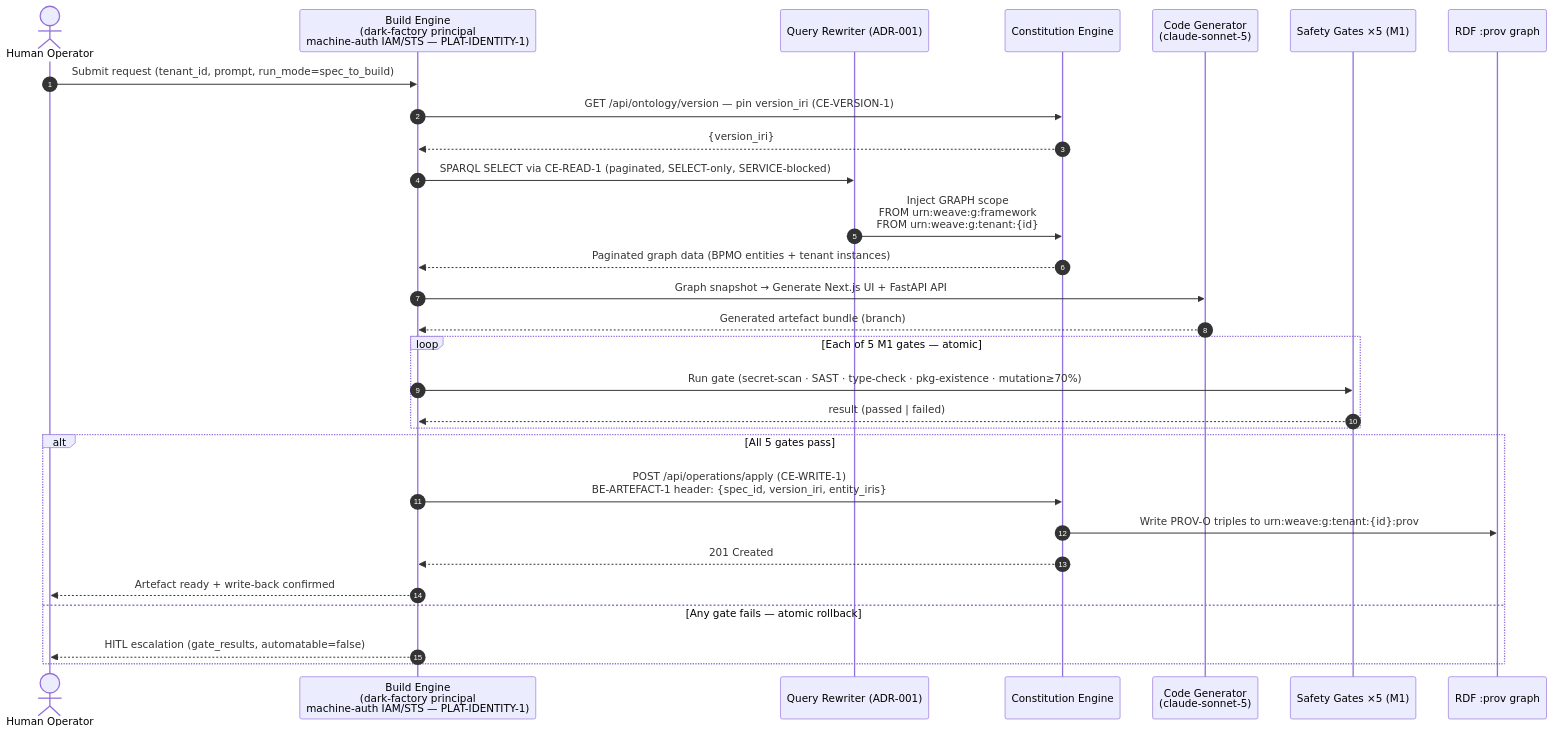
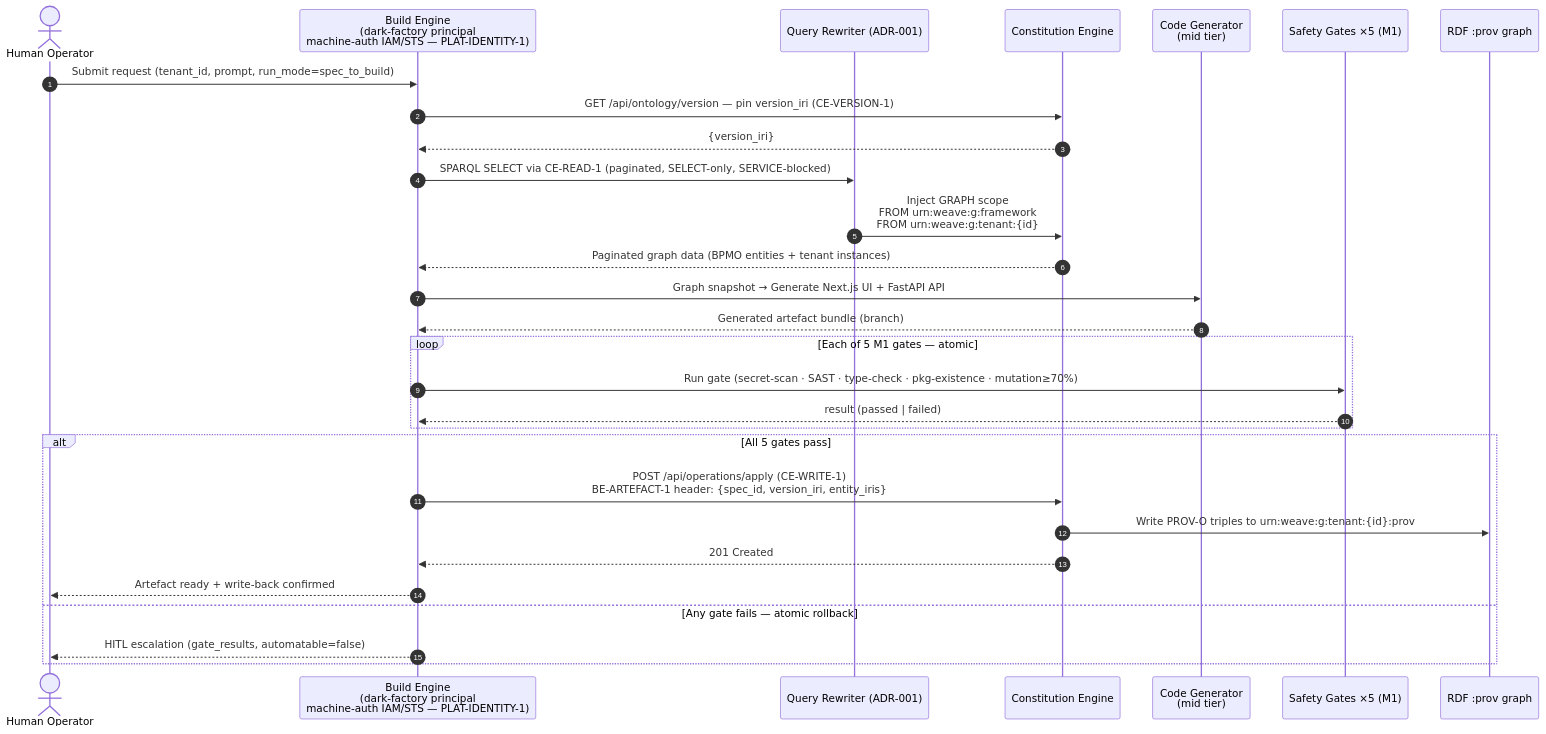
Diagram 12 of 19 in docs/specs/weave/engines/build-engine/tech-spec/business-process.md (gazzwi86/weave), drawn with Mermaid before and after one commit. The commit also changed other lines of this file and 42 other files, not shown here.

````diff
--- a/docs/specs/weave/engines/build-engine/tech-spec/business-process.md
+++ b/docs/specs/weave/engines/build-engine/tech-spec/business-process.md
@@ -380,32 +380,32 @@
 ```mermaid
 sequenceDiagram
   autonumber
   actor HUser as Human Operator
   participant BE as Build Engine<br/>(dark-factory principal<br/>machine-auth IAM/STS — PLAT-IDENTITY-1)
   participant RW as Query Rewriter (ADR-001)
   participant CE as Constitution Engine
-  participant Gen as Code Generator<br/>(claude-sonnet-5)
+  participant Gen as Code Generator<br/>(mid tier)
   participant Gates as Safety Gates ×5 (M1)
   participant Prov as RDF :prov graph
 
   HUser->>BE: Submit request (tenant_id, prompt, run_mode=spec_to_build)
   BE->>CE: GET /api/ontology/version — pin version_iri (CE-VERSION-1)
   CE-->>BE: {version_iri}
   BE->>RW: SPARQL SELECT via CE-READ-1 (paginated, SELECT-only, SERVICE-blocked)
   RW->>CE: Inject GRAPH scope<br/>FROM urn:weave:g:framework<br/>FROM urn:weave:g:tenant:{id}
   CE-->>BE: Paginated graph data (BPMO entities + tenant instances)
   BE->>Gen: Graph snapshot → Generate Next.js UI + FastAPI API
   Gen-->>BE: Generated artefact bundle (branch)
   loop Each of 5 M1 gates — atomic
     BE->>Gates: Run gate (secret-scan · SAST · type-check · pkg-existence · mutation≥70%)
     Gates-->>BE: result (passed | failed)
   end
   alt All 5 gates pass
     BE->>CE: POST /api/operations/apply (CE-WRITE-1)<br/>BE-ARTEFACT-1 header: {spec_id, version_iri, entity_iris}
     CE->>Prov: Write PROV-O triples to urn:weave:g:tenant:{id}:prov
     CE-->>BE: 201 Created
     BE-->>HUser: Artefact ready + write-back confirmed
   else Any gate fails — atomic rollback
     BE-->>HUser: HITL escalation (gate_results, automatable=false)
   end
 ```
````
